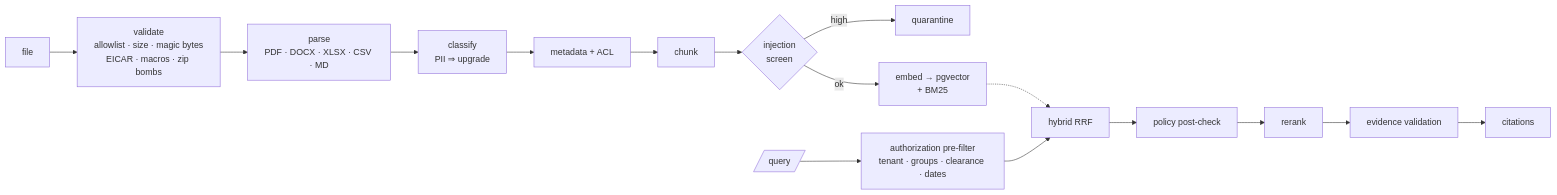
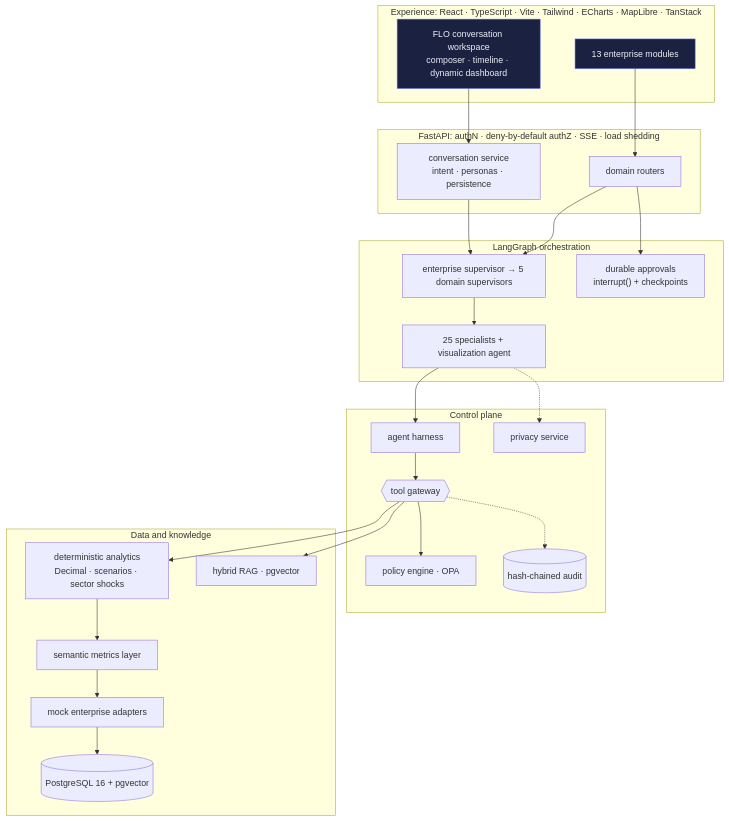
Before and after one commit to florina787/Data-sets: the seventh of 7 diagrams in flo-enterprise/README.md, drawn with Mermaid. The commit also changed other lines of this file and 67 other files, not shown here.

````diff
--- a/flo-enterprise/README.md
+++ b/flo-enterprise/README.md
@@ -468,9 +458,38 @@
 ```mermaid
-flowchart LR
-  F["file"] --> V["validate<br/>allowlist · size · magic bytes<br/>EICAR · macros · zip bombs"] --> P["parse<br/>PDF · DOCX · XLSX · CSV · MD"]
-  P --> C["classify<br/>PII ⇒ upgrade"] --> M["metadata + ACL"] --> K["chunk"] --> I{"injection<br/>screen"}
-  I -- high --> Q["quarantine"]
-  I -- ok --> E["embed → pgvector<br/>+ BM25"]
-  QY[/"query"/] --> AF["authorization pre-filter<br/>tenant · groups · clearance · dates"] --> HY["hybrid RRF"] --> PC["policy post-check"] --> RR["rerank"] --> EV["evidence validation"] --> CI["citations"]
-  E -.-> HY
+flowchart TB
+  subgraph EXP["Experience: React · TypeScript · Vite · Tailwind · ECharts · MapLibre · TanStack"]
+    FLO["FLO conversation workspace<br/>composer · timeline · dynamic dashboard"]:::ui
+    MOD["13 enterprise modules"]:::ui
+  end
+  subgraph API["FastAPI: authN · deny-by-default authZ · SSE · load shedding"]
+    CONV["conversation service<br/>intent · personas · persistence"]
+    R["domain routers"]
+  end
+  subgraph ORCH["LangGraph orchestration"]
+    SUP["enterprise supervisor → 5 domain supervisors"]
+    AG["25 specialists + visualization agent"]
+    HITL["durable approvals<br/>interrupt() + checkpoints"]
+  end
+  subgraph CTRL["Control plane"]
+    H["agent harness"]
+    TG{{"tool gateway"}}
+    PDP["policy engine · OPA"]
+    PRIV["privacy service"]
+    AUD[("hash-chained audit")]
+  end
+  subgraph DATA["Data and knowledge"]
+    FIN["deterministic analytics<br/>Decimal · scenarios · sector shocks"]
+    SEM["semantic metrics layer"]
+    RAG["hybrid RAG · pgvector"]
+    ADP["mock enterprise adapters"]
+    PG[("PostgreSQL 16 + pgvector")]
+  end
+  FLO --> CONV --> SUP --> AG --> H --> TG --> PDP
+  MOD --> R --> SUP
+  R --> HITL
+  TG --> FIN & RAG
+  FIN --> SEM --> ADP --> PG
+  TG -.-> AUD
+  AG -.-> PRIV
+  classDef ui fill:#1b2140,stroke:#5B67F1,color:#ECF0F6
 ```
````
